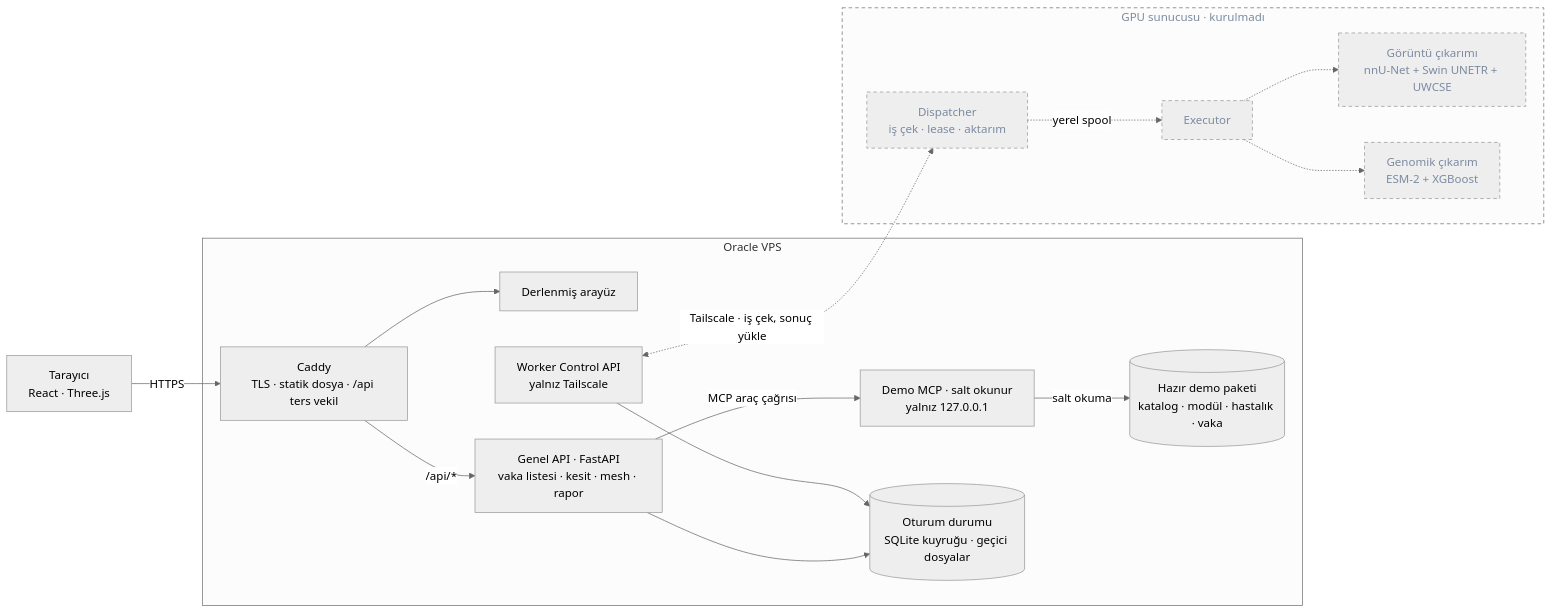
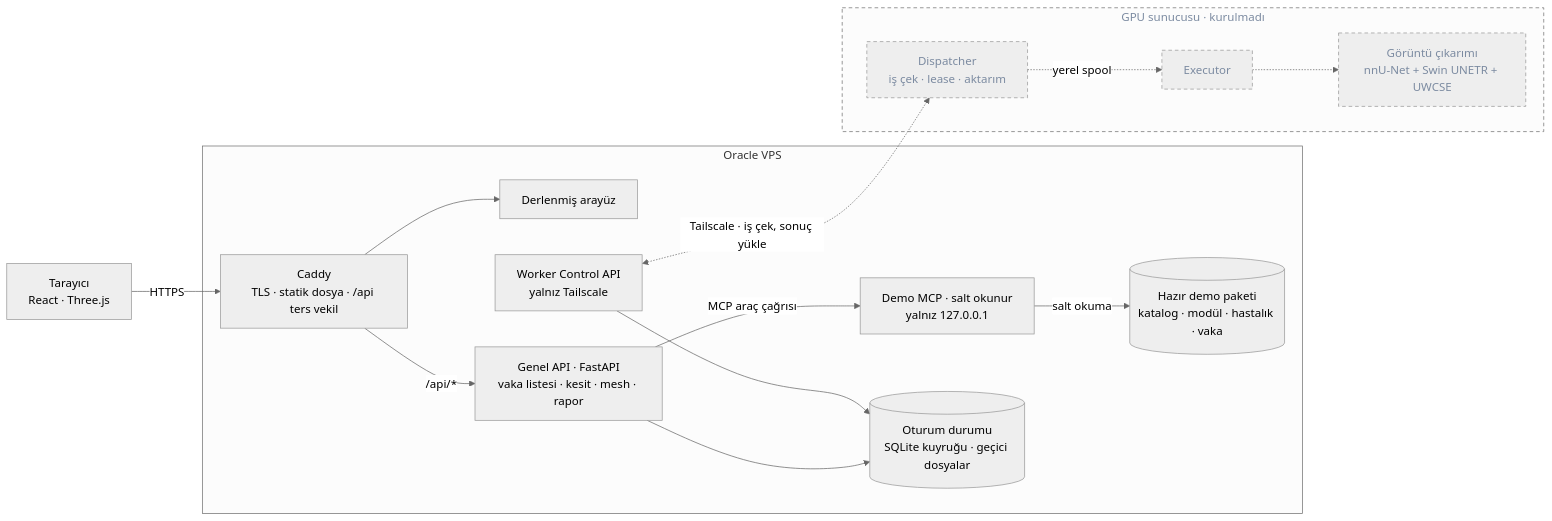
One commit to AbdullahZeynel/MERGEN changed the diagram in README.md. Above: the diagram before and after it, drawn with Mermaid (neutral theme). The commit also changed other lines of this file and 84 other files, not shown here.

````diff
--- a/README.md
+++ b/README.md
@@ -71,36 +54,34 @@
 ```mermaid
 flowchart LR
     U["Tarayıcı<br/>React · Three.js"]
 
     subgraph VPS["Oracle VPS"]
         CADDY["Caddy<br/>TLS · statik dosya · /api ters vekil"]
         STATIC["Derlenmiş arayüz"]
         API["Genel API · FastAPI<br/>vaka listesi · kesit · mesh · rapor"]
         MCP["Demo MCP · salt okunur<br/>yalnız 127.0.0.1"]
         CTRL["Worker Control API<br/>yalnız Tailscale"]
         DISK[("Hazır demo paketi<br/>katalog · modül · hastalık · vaka")]
         STATE[("Oturum durumu<br/>SQLite kuyruğu · geçici dosyalar")]
     end
 
     subgraph GPU["GPU sunucusu · kurulmadı"]
         W["Dispatcher<br/>iş çek · lease · aktarım"]
         X["Executor"]
         IMG["Görüntü çıkarımı<br/>nnU-Net + Swin UNETR + UWCSE"]
-        GEN["Genomik çıkarım<br/>ESM-2 + XGBoost"]
     end
 
     U -->|HTTPS| CADDY
     CADDY --> STATIC
     CADDY -->|"/api/*"| API
     API -->|"MCP araç çağrısı"| MCP
     MCP -->|"salt okuma"| DISK
     API --> STATE
     CTRL --> STATE
     CTRL <-. "Tailscale · iş çek, sonuç yükle" .-> W
     W -. "yerel spool" .-> X
     X -.-> IMG
-    X -.-> GEN
 
     classDef planlanan stroke-dasharray:5 4,color:#7c8ba1
-    class GPU,W,X,IMG,GEN planlanan
+    class GPU,W,X,IMG planlanan
 ```
````
